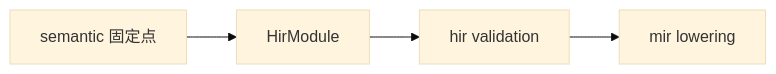
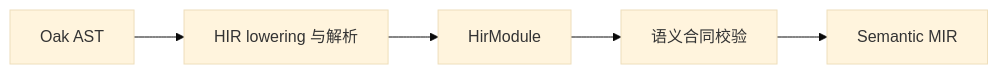
Before and after one commit to nyar-vm/nyar-vm: the diagram in projects/nyar.rs/languages/rusty-valkyrie/src/compiler/hir/readme.md, drawn with Mermaid (base theme). The commit also changed other lines of this file and 33 other files, not shown here.

````diff
--- a/projects/nyar.rs/languages/rusty-valkyrie/src/compiler/hir/readme.md
+++ b/projects/nyar.rs/languages/rusty-valkyrie/src/compiler/hir/readme.md
@@ -19,9 +7,7 @@
 ```mermaid
 flowchart LR
-  sem[semantic 固定点]
-  hir[HirModule]
-  v[hir validation]
-  mir[mir lowering]
-
-  sem --> hir --> v --> mir
+  ast[Oak AST] --> lower[HIR lowering 与解析]
+  lower --> model[HirModule]
+  model --> validation[语义合同校验]
+  validation --> mir[Semantic MIR]
 ```
````
